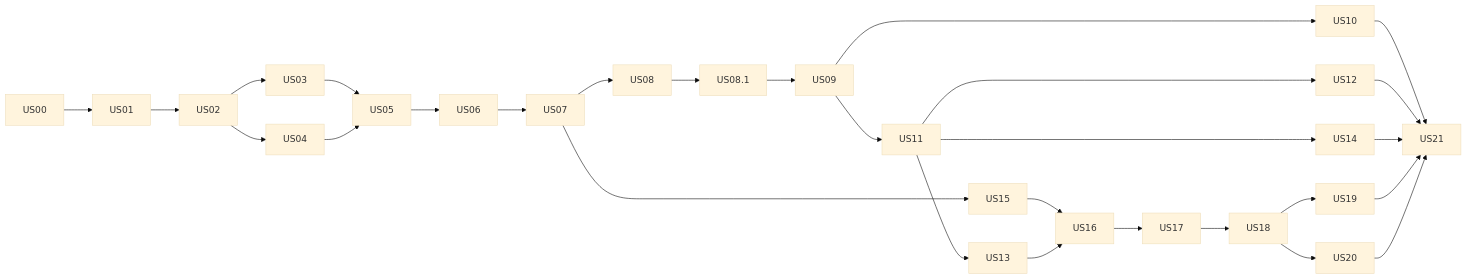
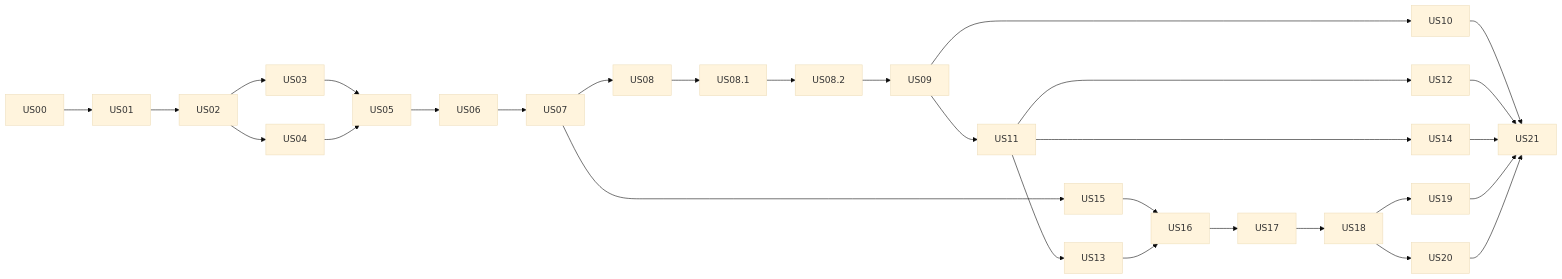
Before and after one commit to tueanhtruong/xray-tool: the second of 2 diagrams in docs/user-stories/README.md, drawn with Mermaid (base theme). The commit also changed other lines of this file and 62 other files, not shown here.

````diff
--- a/docs/user-stories/README.md
+++ b/docs/user-stories/README.md
@@ -58,10 +59,10 @@
 ```mermaid
 graph LR
   US00 --> US01 --> US02 --> US03 --> US05
-  US02 --> US04 --> US05 --> US06 --> US07 --> US08 --> US081[US08.1] --> US09
+  US02 --> US04 --> US05 --> US06 --> US07 --> US08 --> US081[US08.1] --> US082[US08.2] --> US09
   US09 --> US10 & US11
   US11 --> US12 & US13 & US14
   US07 --> US15 --> US16
   US13 --> US16 --> US17 --> US18 --> US19 & US20
   US10 & US12 & US14 & US19 & US20 --> US21
 ```
````
